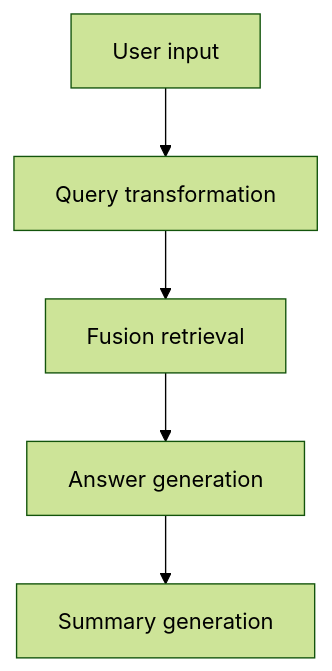
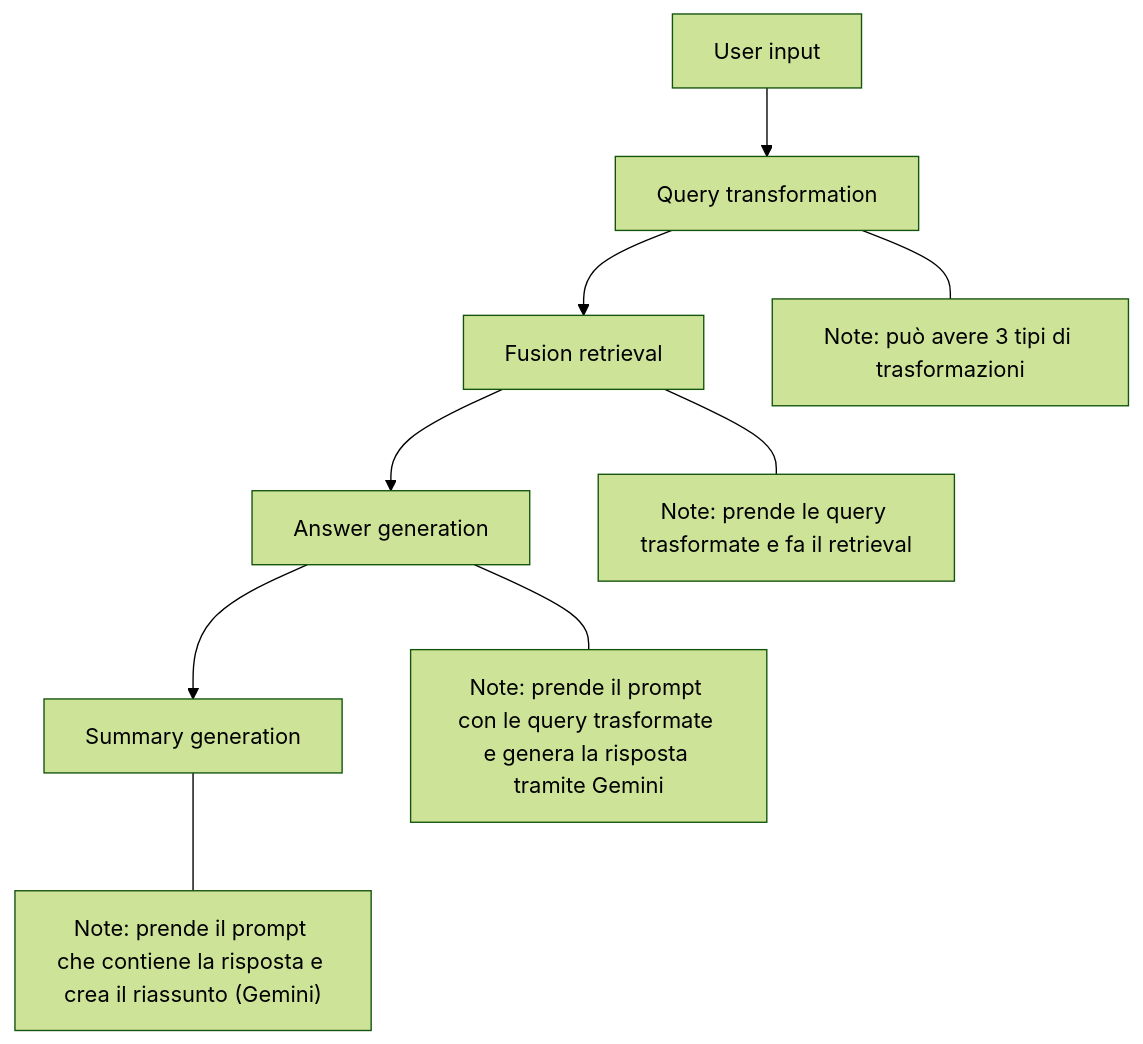
Before and after one commit to SDdev96/RAG-evaluator: the diagram in README.md, drawn with Mermaid (forest theme).

````diff
--- a/README.md
+++ b/README.md
@@ -102,7 +102,14 @@
 ```mermaid
 graph TD
     A[User input] --> B[Query transformation]
     B --> C[Fusion retrieval]
     C --> D[Answer generation]
     D --> E[Summary generation]
+
+    %% Note esplicative
+    B --- B_note["Note: può avere 3 tipi di trasformazioni"]
+    C --- C_note["Note: prende le query trasformate e fa il retrieval"]
+    D --- D_note["Note: prende il prompt con le query trasformate e genera la risposta tramite Gemini"]
+    E --- E_note["Note: prende il prompt che contiene la risposta e crea il riassunto (Gemini)"]
+
 ```
````
